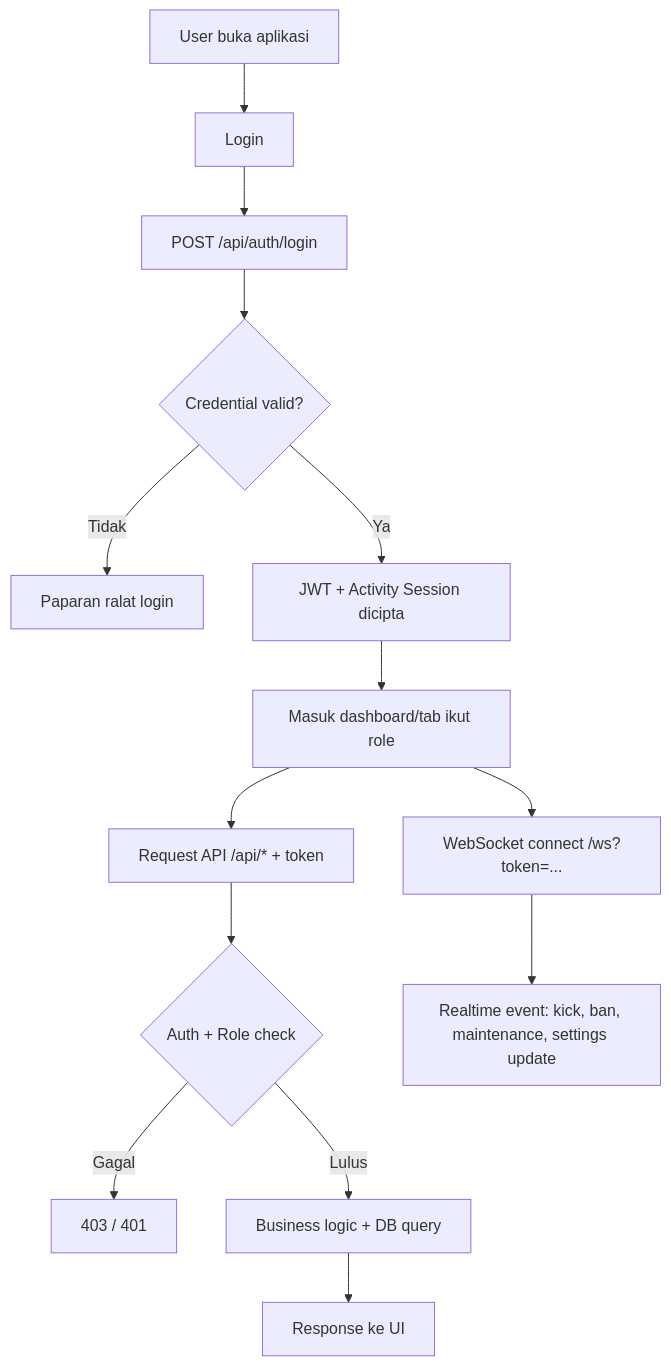
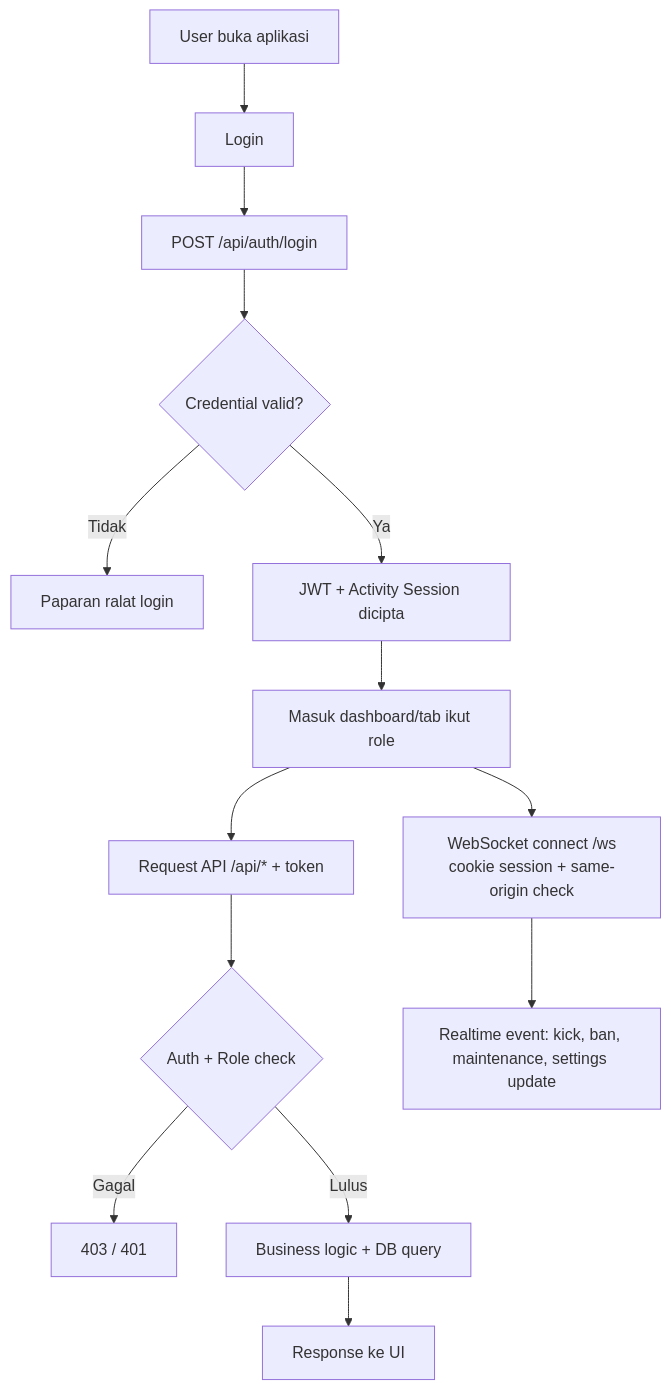
One commit to korie93/sumbanganqueryrahmah changed the third of 7 diagrams in docs/CLIENT_BRIEF_FLOW_ARCHITECTURE.md. Above: the diagram before and after it, drawn with Mermaid. The commit also changed 49 other files, not shown here.

````diff
--- a/docs/CLIENT_BRIEF_FLOW_ARCHITECTURE.md
+++ b/docs/CLIENT_BRIEF_FLOW_ARCHITECTURE.md
@@ -73,17 +73,17 @@
 ```mermaid
 flowchart TD
     A[User buka aplikasi] --> B[Login]
     B --> C[POST /api/auth/login]
     C --> D{Credential valid?}
     D -- Tidak --> E[Paparan ralat login]
     D -- Ya --> F[JWT + Activity Session dicipta]
     F --> G[Masuk dashboard/tab ikut role]
 
     G --> H[Request API /api/* + token]
-    G --> I[WebSocket connect /ws?token=...]
+    G --> I[WebSocket connect /ws<br/>cookie session + same-origin check]
     H --> J{Auth + Role check}
     J -- Gagal --> K[403 / 401]
     J -- Lulus --> L[Business logic + DB query]
     L --> M[Response ke UI]
     I --> N[Realtime event: kick, ban, maintenance, settings update]
 ```
````
